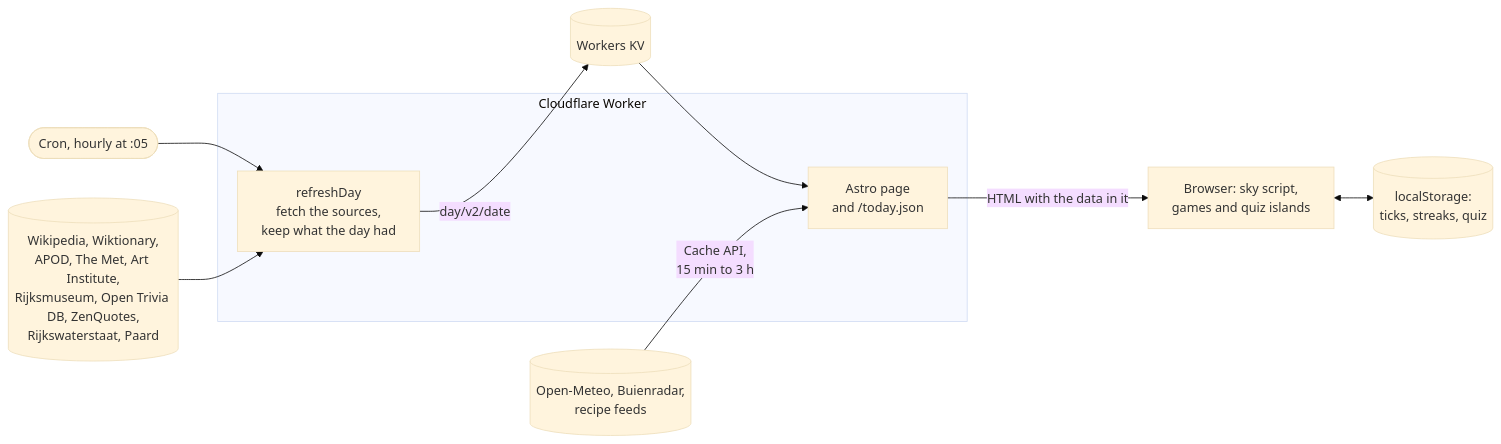
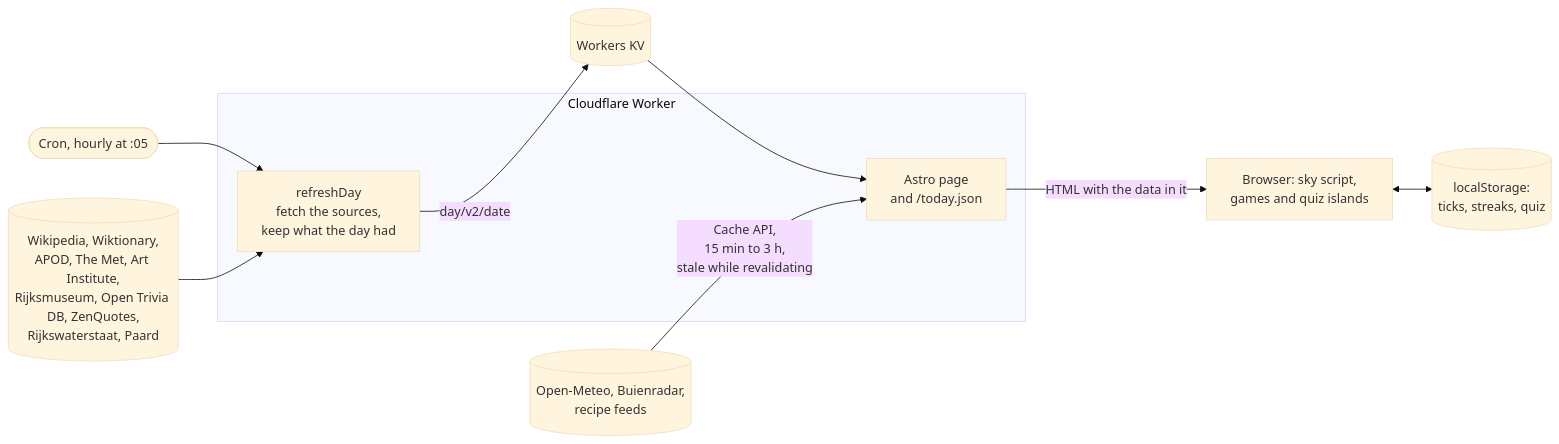
Before and after one commit to simonvanlierde/duinlab-today: the diagram in README.md, drawn with Mermaid (base theme). The commit also changed other lines of this file and 6 other files, not shown here.

First line of the commit message:
perf(cache): serve stale feeds and refresh them in the background

````diff
--- a/README.md
+++ b/README.md
@@ -11,14 +11,14 @@
 ```mermaid
 flowchart LR
   cron(["Cron, hourly at :05"]) --> build
   subgraph worker["Cloudflare Worker"]
     build["refreshDay<br/>fetch the sources,<br/>keep what the day had"]
     page["Astro page<br/>and /today.json"]
   end
   sources[("Wikipedia, Wiktionary,<br/>APOD, The Met, Art Institute,<br/>Rijksmuseum, Open Trivia DB, ZenQuotes,<br/>Rijkswaterstaat, Paard")] --> build
   build -- "day/v2/date" --> kv[("Workers KV")]
   kv --> page
-  live[("Open-Meteo, Buienradar,<br/>recipe feeds")] -- "Cache API,<br/>15 min to 3 h" --> page
+  live[("Open-Meteo, Buienradar,<br/>recipe feeds")] -- "Cache API,<br/>15 min to 3 h,<br/>stale while revalidating" --> page
   page -- "HTML with the data in it" --> browser["Browser: sky script,<br/>games and quiz islands"]
   browser <--> ls[("localStorage:<br/>ticks, streaks, quiz")]
 ```
````
